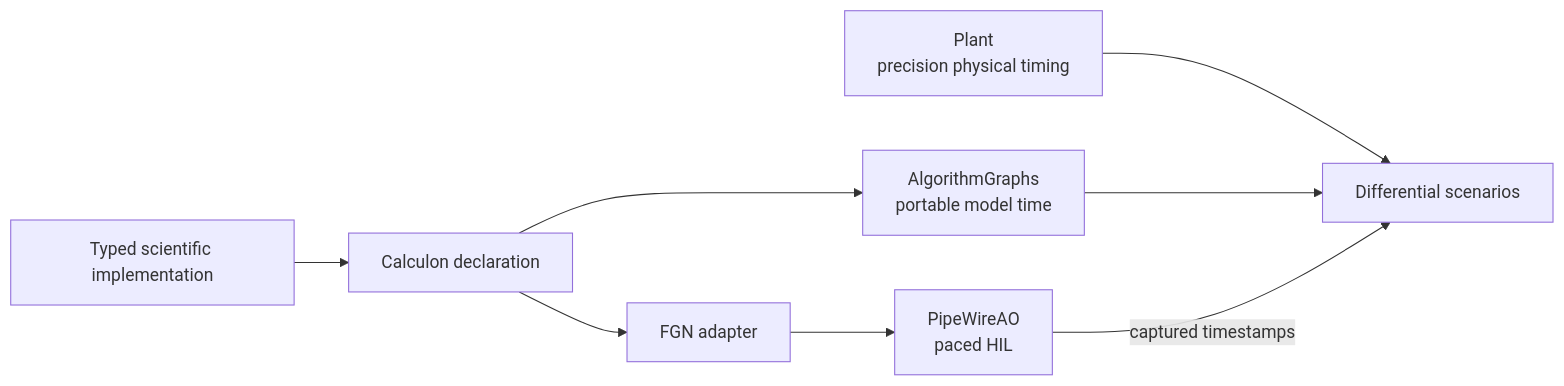
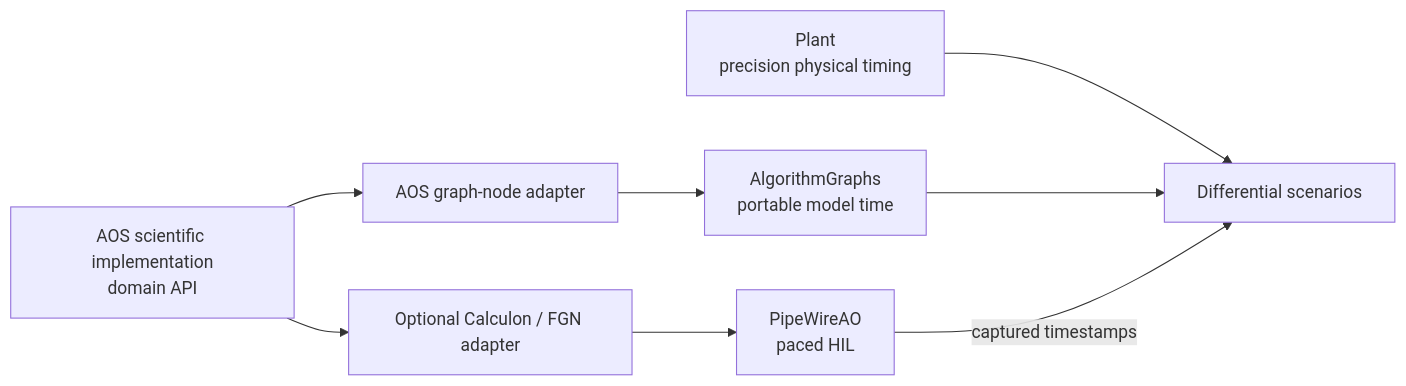
Before and after one commit to DarrylGamroth/AdaptiveOpticsSim.jl: the first of 2 diagrams in docs/roadmap.md, drawn with Mermaid. The commit also changed other lines of this file and 28 other files, not shown here.

Commit message:
feat: make algorithm graphs AOS-native and file-defined

````diff
--- a/docs/roadmap.md
+++ b/docs/roadmap.md
@@ -118,10 +119,10 @@
 ```mermaid
 flowchart LR
-    SCI["Typed scientific implementation"] --> CAL["Calculon declaration"]
-    CAL --> NATIVE["AlgorithmGraphs<br/>portable model time"]
-    CAL --> FGN["FGN adapter"]
+    SCI["AOS scientific implementation<br/>domain API"] --> NODE["AOS graph-node adapter"]
+    NODE --> NATIVE["AlgorithmGraphs<br/>portable model time"]
+    SCI --> FGN["Optional Calculon / FGN adapter"]
     FGN --> PWAO["PipeWireAO<br/>paced HIL"]
     PLANT["Plant<br/>precision physical timing"] --> ORACLE["Differential scenarios"]
     NATIVE --> ORACLE
     PWAO -->|"captured timestamps"| ORACLE
 ```
````
